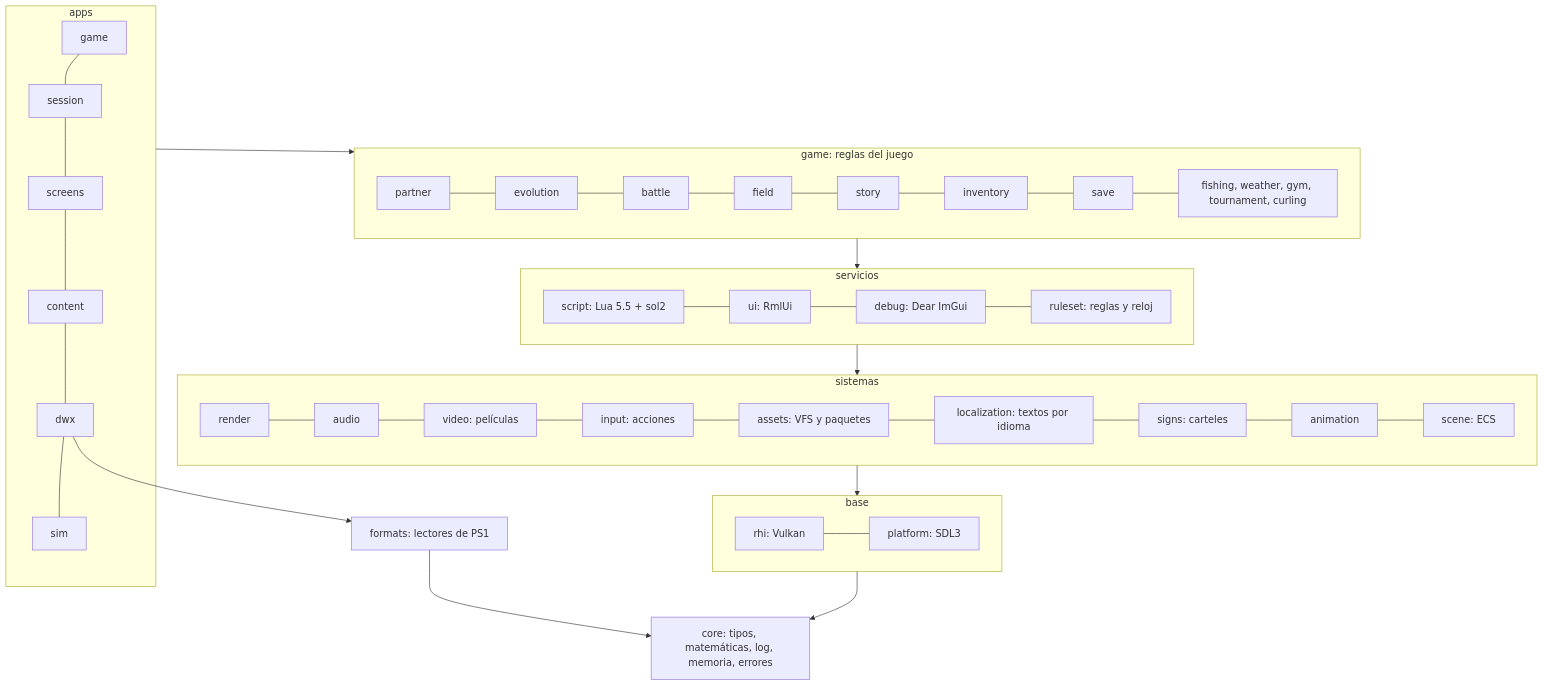
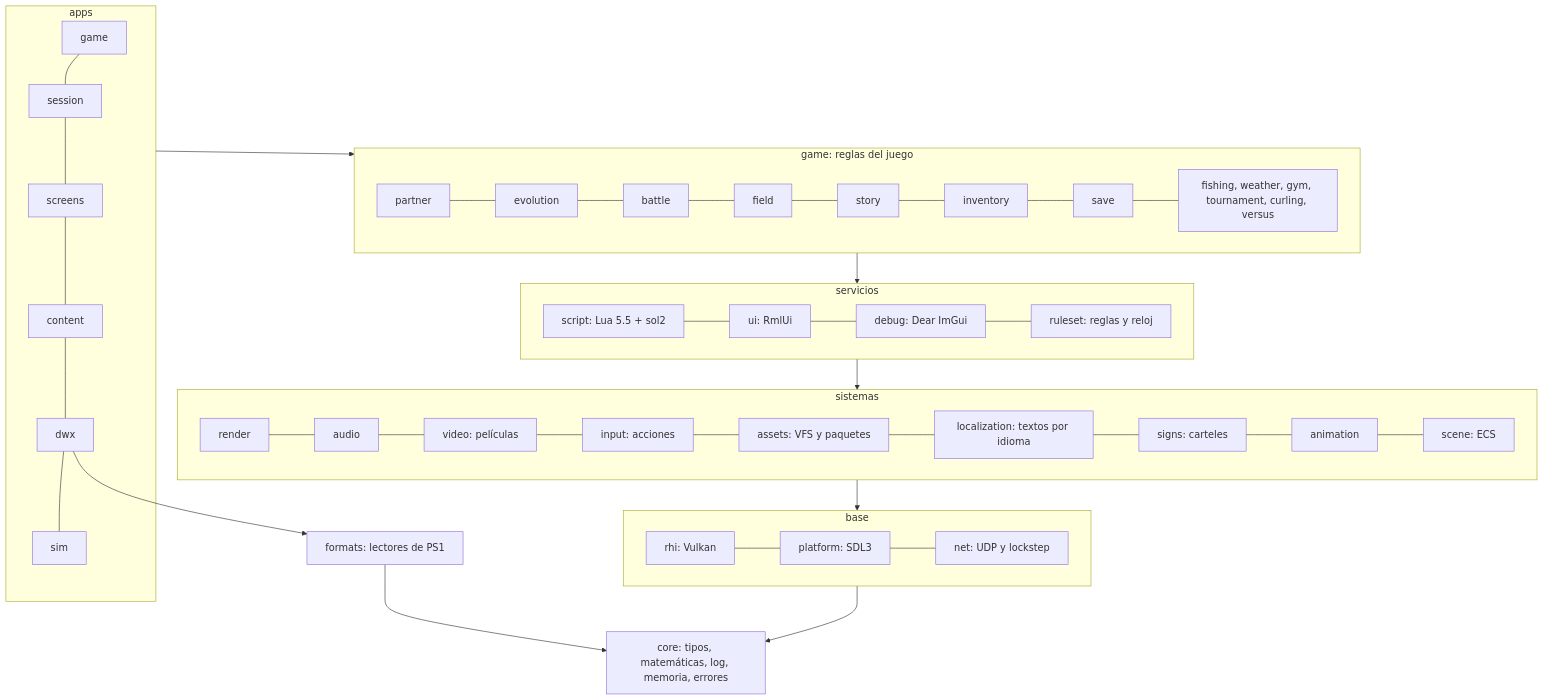
The second of 2 diagrams in docs/architecture/overview.md (Indie-Modding-Games/dw-engine), drawn with Mermaid before and after one commit. The commit also changed 47 other files, not shown here.

````diff
--- a/docs/architecture/overview.md
+++ b/docs/architecture/overview.md
@@ -51,23 +51,23 @@
 ```mermaid
 flowchart TB
     subgraph apps[apps]
         game_app[game] --- session[session] --- screens[screens] --- content[content] --- dwx[dwx] --- sim[sim]
     end
     subgraph gameplay[game: reglas del juego]
-        partner --- evolution --- battle --- field --- story --- inventory --- save --- minigames[fishing, weather, gym, tournament, curling]
+        partner --- evolution --- battle --- field --- story --- inventory --- save --- minigames[fishing, weather, gym, tournament, curling, versus]
     end
     subgraph services[servicios]
         script[script: Lua 5.5 + sol2] --- ui[ui: RmlUi] --- debug[debug: Dear ImGui] --- ruleset[ruleset: reglas y reloj]
     end
     subgraph systems[sistemas]
         render --- audio --- video[video: películas] --- input[input: acciones] --- assets[assets: VFS y paquetes] --- localization[localization: textos por idioma] --- signs[signs: carteles] --- animation --- scene[scene: ECS]
     end
     subgraph base[base]
-        rhi[rhi: Vulkan] --- platform[platform: SDL3]
+        rhi[rhi: Vulkan] --- platform[platform: SDL3] --- net[net: UDP y lockstep]
     end
     core[core: tipos, matemáticas, log, memoria, errores]
     formats[formats: lectores de PS1]
 
     apps --> gameplay --> services --> systems --> base --> core
     dwx --> formats --> core
 ```
````
